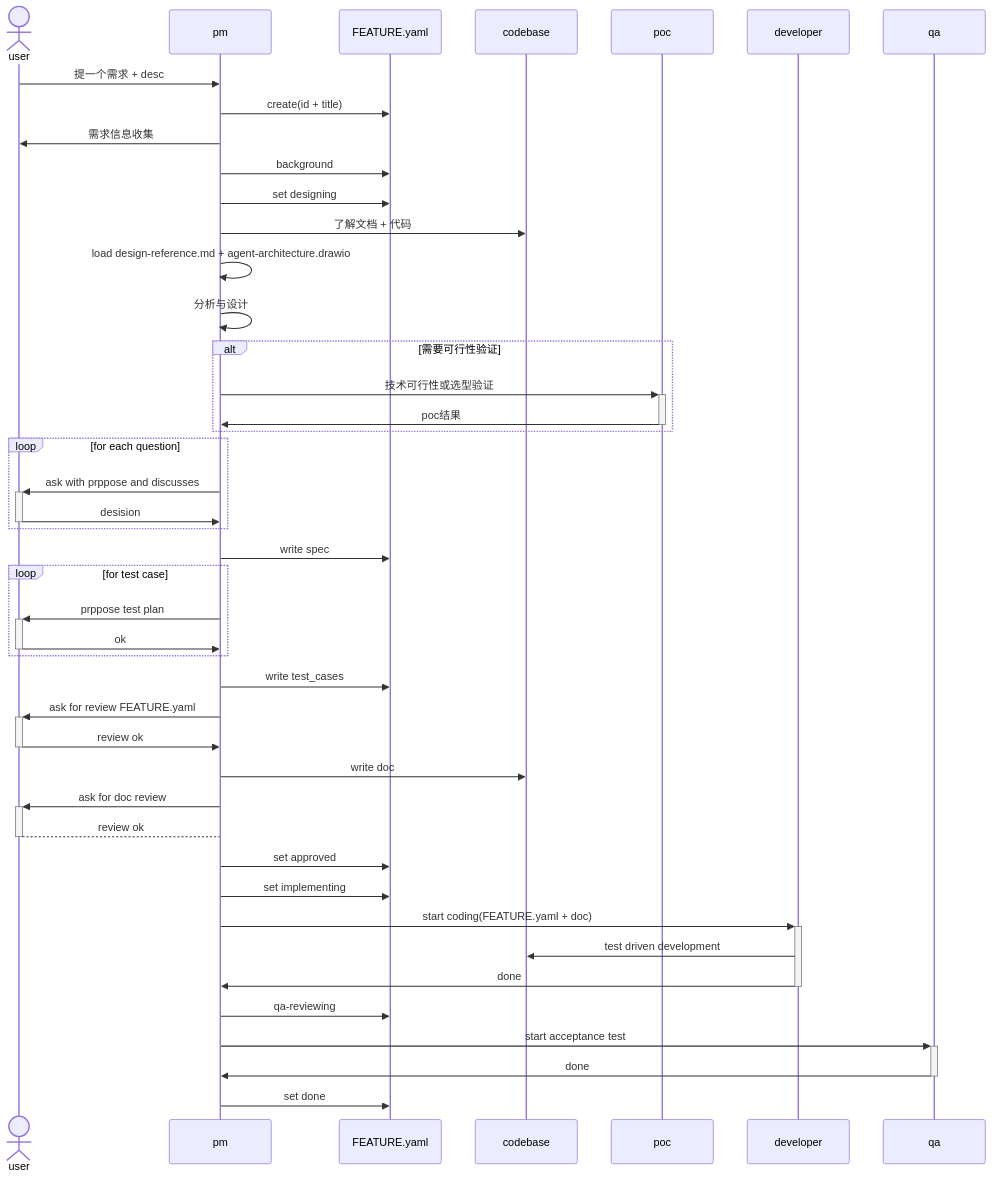
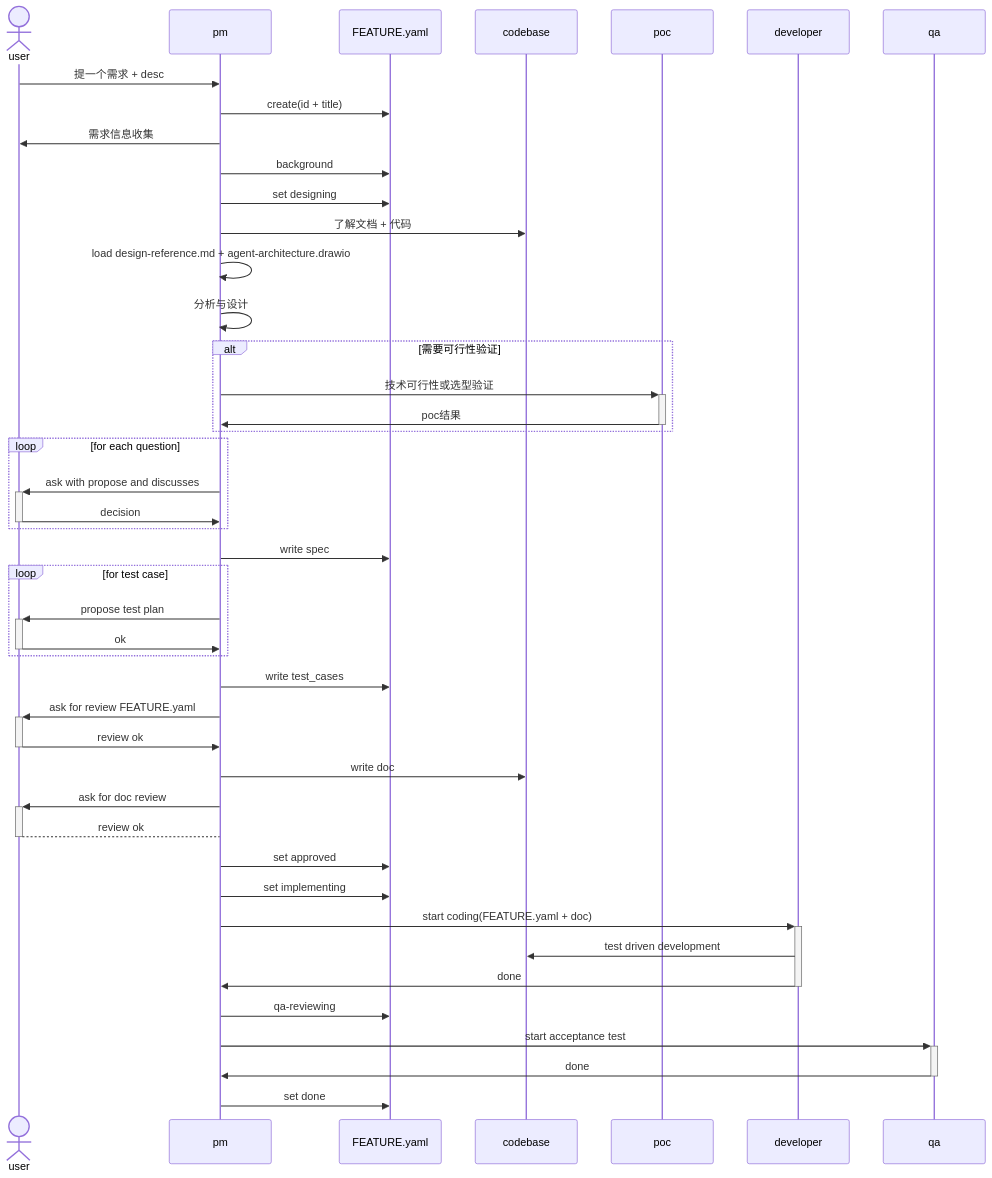
The diagram in system-prompt/agent-factory/agent_factory/doc/feature.md (JoeyAssistant/skill-repo), drawn with Mermaid before and after one commit. The commit also changed 3 other files, not shown here.

````diff
--- a/system-prompt/agent-factory/agent_factory/doc/feature.md
+++ b/system-prompt/agent-factory/agent_factory/doc/feature.md
@@ -25,47 +25,47 @@
 ```mermaid
 sequenceDiagram
     actor user
     user->>pm: 提一个需求 + desc
     participant feat as FEATURE.yaml
     participant code as codebase
 
     pm->>feat: create(id + title)
     pm->>user: 需求信息收集
     pm->>feat: background
     pm->>feat: set designing
     pm->>code: 了解文档 + 代码
     pm->>pm: load design-reference.md + agent-architecture.drawio
     pm->>pm: 分析与设计
     alt 需要可行性验证
         pm->>+poc: 技术可行性或选型验证
         poc->>-pm: poc结果
     end
     loop for each question
-        pm->>+user: ask with prppose and discusses
-        user->>-pm: desision
+        pm->>+user: ask with propose and discusses
+        user->>-pm: decision
     end
     pm->>feat: write spec
     loop for test case
-        pm->>+user: prppose test plan
+        pm->>+user: propose test plan
         user->>-pm: ok
     end
     pm->>feat: write test_cases
     participant dev as developer
     pm->>+user: ask for review FEATURE.yaml
     user->>-pm: review ok
 
     pm->>code: write doc
     pm->>+user: ask for doc review
     user-->-pm: review ok
     pm->>feat: set approved
 
     pm->>feat: set implementing
     pm->>+dev: start coding(FEATURE.yaml + doc)
     dev->>code: test driven development
     dev->>-pm: done
 
     pm->>feat: qa-reviewing
     pm->>+qa: start acceptance test
     qa->>-pm: done
     pm->>feat: set done
 ```
````
